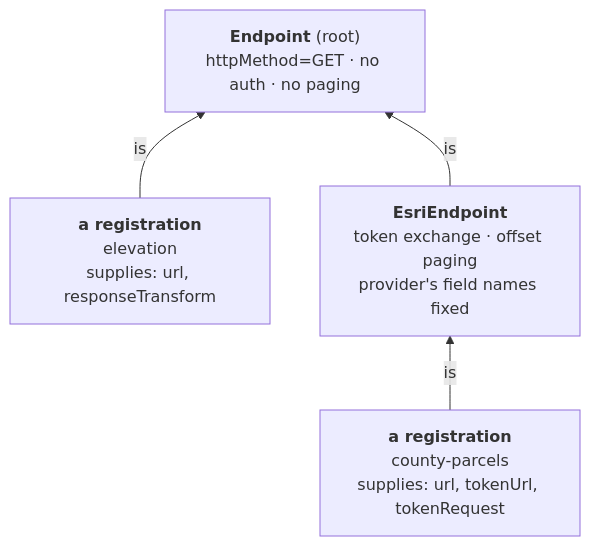
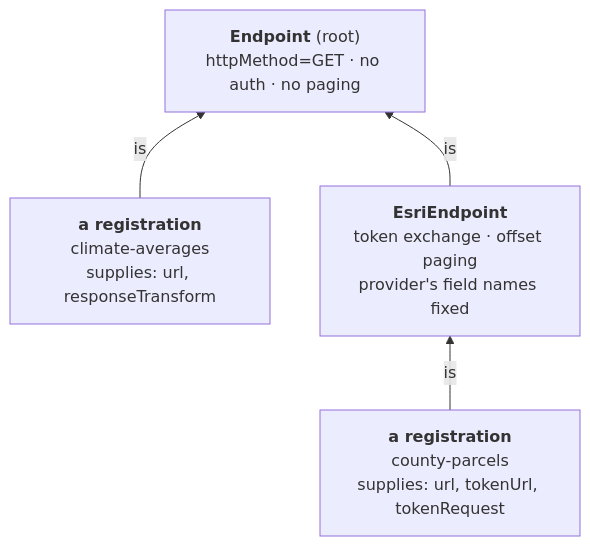
One commit to ReGen-Villages/VillageOS-API changed the fourth of 11 diagrams in docs/LAND_INTAKE.md. Above: the diagram before and after it, drawn with Mermaid. The commit also changed other lines of this file, not shown here.

````diff
--- a/docs/LAND_INTAKE.md
+++ b/docs/LAND_INTAKE.md
@@ -425,10 +425,10 @@
 ```mermaid
 flowchart BT
-  R1["<b>a registration</b><br/>elevation<br/>supplies: url, responseTransform"]
+  R1["<b>a registration</b><br/>climate-averages<br/>supplies: url, responseTransform"]
   R2["<b>a registration</b><br/>county-parcels<br/>supplies: url, tokenUrl, tokenRequest"]
   E1["<b>Endpoint</b> (root)<br/>httpMethod=GET · no auth · no paging"]
   E2["<b>EsriEndpoint</b><br/>token exchange · offset paging<br/>provider's field names fixed"]
   R1 -->|is| E1
   R2 -->|is| E2
   E2 -->|is| E1
 ```
````
